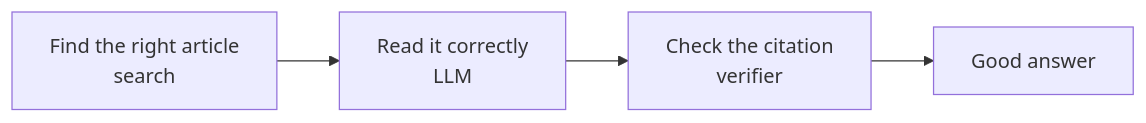
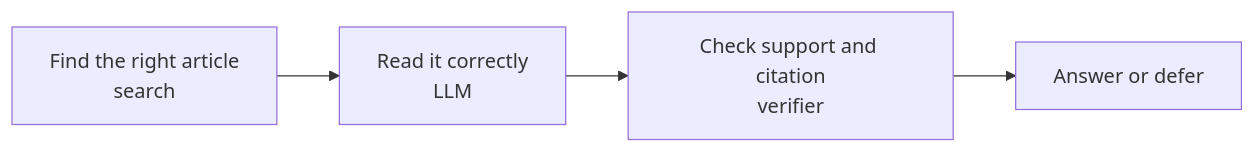
The second of 2 diagrams in learning/09-where-does-the-number-come-from.md (Falconiere/agavus), drawn with Mermaid before and after one commit. The commit also changed other lines of this file and 17 other files, not shown here.

````diff
--- a/learning/09-where-does-the-number-come-from.md
+++ b/learning/09-where-does-the-number-come-from.md
@@ -34,4 +45,5 @@
 ```mermaid
 flowchart LR
-  A["Find the right article<br/>search"] --> B["Read it correctly<br/>LLM"] --> C["Check the citation<br/>verifier"] --> D["Good answer"]
+  A["Find the right article<br/>search"] --> B["Read it correctly<br/>LLM"]
+  B --> C["Check support and citation<br/>verifier"] --> D["Answer or defer"]
 ```
````
